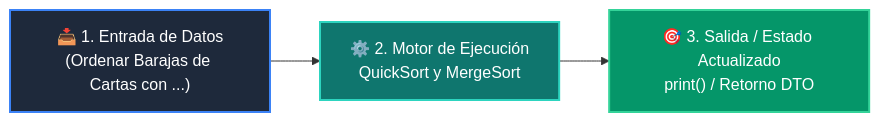
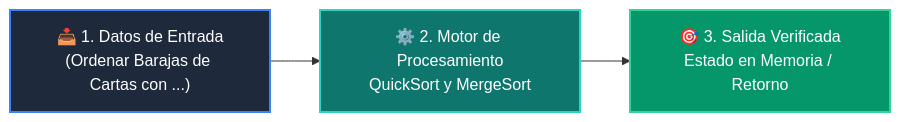
Before and after one commit to wisrovi/wisrovi-python: the diagram in 02-algoritmos-estructuras/clase-05-algoritmos-ordenamiento/README.md, drawn with Mermaid. The commit also changed other lines of this file and 226 other files, not shown here.

Commit message:
docs: elevate all repository READMEs to world-class mastery standard with rich pedagogical architecture, custom Mermaids, and professional styling

````diff
--- a/02-algoritmos-estructuras/clase-05-algoritmos-ordenamiento/README.md
+++ b/02-algoritmos-estructuras/clase-05-algoritmos-ordenamiento/README.md
@@ -12,9 +26,9 @@
 ```mermaid
 flowchart LR
-    A["📥 1. Entrada de Datos<br/>(Ordenar Barajas de Cartas con ...)"] --> B["⚙️ 2. Motor de Ejecución<br/>QuickSort y MergeSort"]
-    B --> C["🎯 3. Salida / Estado Actualizado<br/>print() / Retorno DTO"]
+    IN["📥 1. Datos de Entrada<br/>(Ordenar Barajas de Cartas con ...)"] --> ENG["⚙️ 2. Motor de Procesamiento<br/>QuickSort y MergeSort"]
+    ENG --> OUT["🎯 3. Salida Verificada<br/>Estado en Memoria / Retorno"]
 
-    style A fill:#1e293b,color:#ffffff,stroke:#3b82f6,stroke-width:2px
-    style B fill:#0f766e,color:#ffffff,stroke:#2dd4bf,stroke-width:2px
-    style C fill:#059669,color:#ffffff,stroke:#34d399,stroke-width:2px
+    style IN fill:#1e293b,color:#ffffff,stroke:#3b82f6,stroke-width:2px
+    style ENG fill:#0f766e,color:#ffffff,stroke:#2dd4bf,stroke-width:2px
+    style OUT fill:#059669,color:#ffffff,stroke:#34d399,stroke-width:2px
 ```
````
